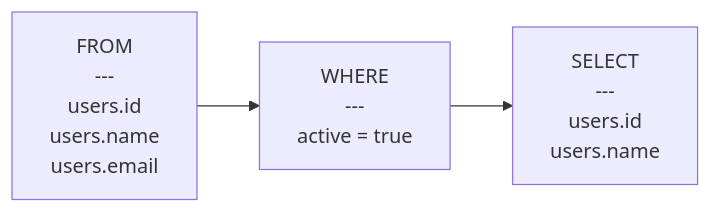
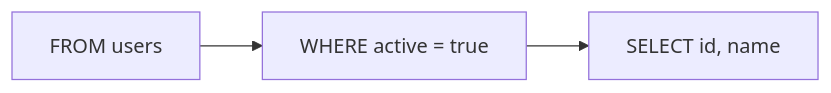
The second of 3 diagrams in README.md (rot1024/sqloflow), drawn with Mermaid before and after one commit. The commit also changed other lines of this file and 47 other files, not shown here.

````diff
--- a/README.md
+++ b/README.md
@@ -154,8 +188,8 @@
 ```mermaid
 flowchart LR
-    node_0["FROM<br/>---<br/>users.id<br/>users.name<br/>users.email"]
-    node_1["WHERE<br/>---<br/>active = true"]
-    node_2["SELECT<br/>---<br/>users.id<br/>users.name"]
+    node_0["FROM users"]
+    node_1["WHERE active = true"]
+    node_2["SELECT id, name"]
     node_0 --> node_1
     node_1 --> node_2
 ```
````
